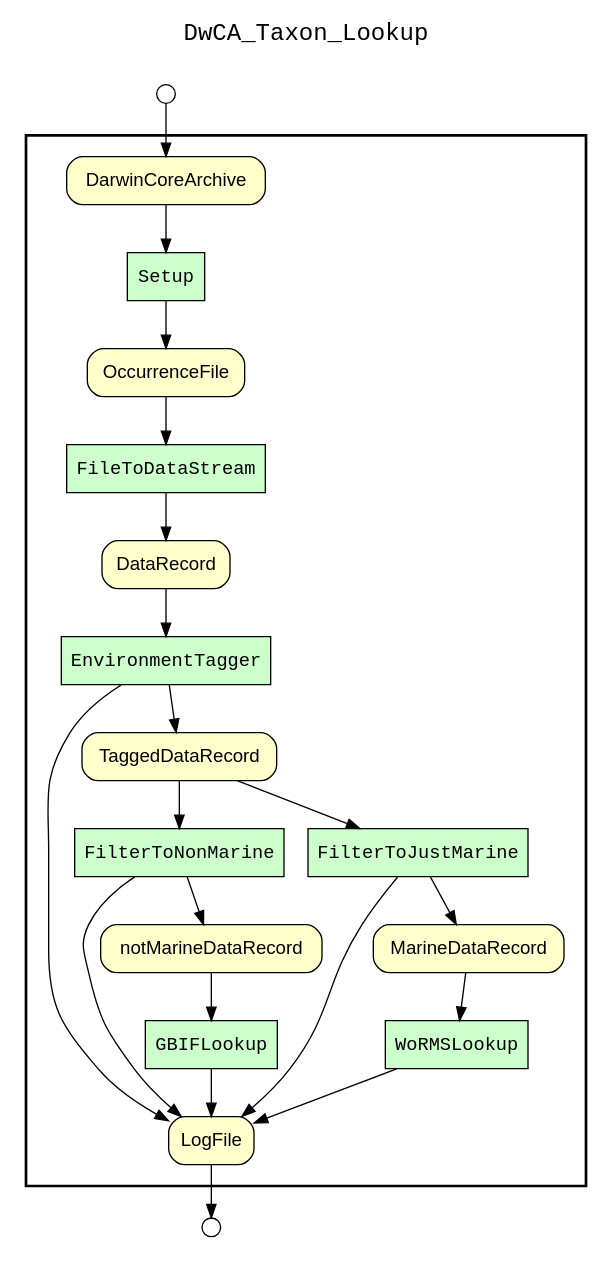
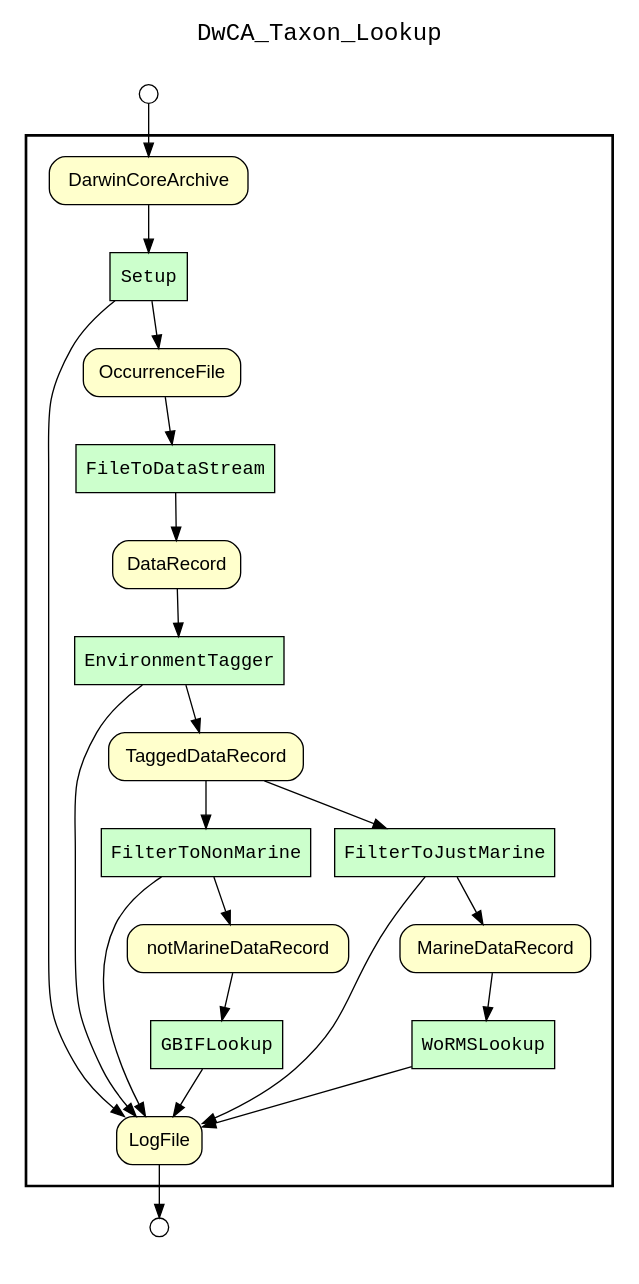
The diagram in kurator_FileBranchingTaxonLookup/workflows/results/wf_upstream_of_LogFile.gv (kurator-org/kurator-TDWG17-YW), drawn with Graphviz before and after one commit. The commit also changed 54 other files, not shown here.

```diff
--- a/kurator_FileBranchingTaxonLookup/workflows/results/wf_upstream_of_LogFile.gv
+++ b/kurator_FileBranchingTaxonLookup/workflows/results/wf_upstream_of_LogFile.gv
@@ -1,56 +1,57 @@
 
 digraph yw_data_view {
 rankdir=TB
 fontname=Courier; fontsize=18; labelloc=t
 label="DwCA_Taxon_Lookup"
 subgraph cluster_workflow { label=""; color=black; penwidth=2
 subgraph cluster_workflow_inner { label=""; color=white
 node[shape=box style="filled" fillcolor="#CCFFCC" peripheries=1 fontname=Courier]
 FileToDataStream
-Setup
 GBIFLookup
 WoRMSLookup
 FilterToNonMarine
 FilterToJustMarine
 EnvironmentTagger
+Setup
 node[shape=box style="filled" fillcolor="#CCFFCC" peripheries=1 fontname=Courier]
 node[shape=box style="rounded,filled" fillcolor="#FFFFCC" peripheries=1 fontname=Helvetica]
 DarwinCoreArchive
+LogFile
 OccurrenceFile
 DataRecord
-LogFile
 TaggedDataRecord
 MarineDataRecord
 notMarineDataRecord
 node[shape=box style="rounded,filled" fillcolor="#FFFFFF" peripheries=1 fontname=Helvetica]
 }}
 subgraph cluster_inflows { label=""; color=white; penwidth=2
 subgraph cluster_inflows_inner { label=""; color=white
 node[shape=circle fillcolor="#FFFFFF" peripheries=1 width=0.2]
 DarwinCoreArchive_inflow [label=""]
 }}
 subgraph cluster_outflows { label=""; color=white; penwidth=2
 subgraph cluster_outflows_inner { label=""; color=white
 node[shape=circle fillcolor="#FFFFFF" peripheries=1 width=0.2]
 LogFile_outflow [label=""]
 }}
 notMarineDataRecord -> GBIFLookup
 MarineDataRecord -> WoRMSLookup
 TaggedDataRecord -> FilterToNonMarine
 TaggedDataRecord -> FilterToJustMarine
 DataRecord -> EnvironmentTagger
 OccurrenceFile -> FileToDataStream
 DarwinCoreArchive -> Setup
+Setup -> LogFile
 Setup -> OccurrenceFile
 FileToDataStream -> DataRecord
 EnvironmentTagger -> LogFile
 EnvironmentTagger -> TaggedDataRecord
 FilterToJustMarine -> LogFile
 FilterToJustMarine -> MarineDataRecord
 FilterToNonMarine -> LogFile
 FilterToNonMarine -> notMarineDataRecord
 WoRMSLookup -> LogFile
 GBIFLookup -> LogFile
 DarwinCoreArchive_inflow -> DarwinCoreArchive
 LogFile -> LogFile_outflow
 }
```
